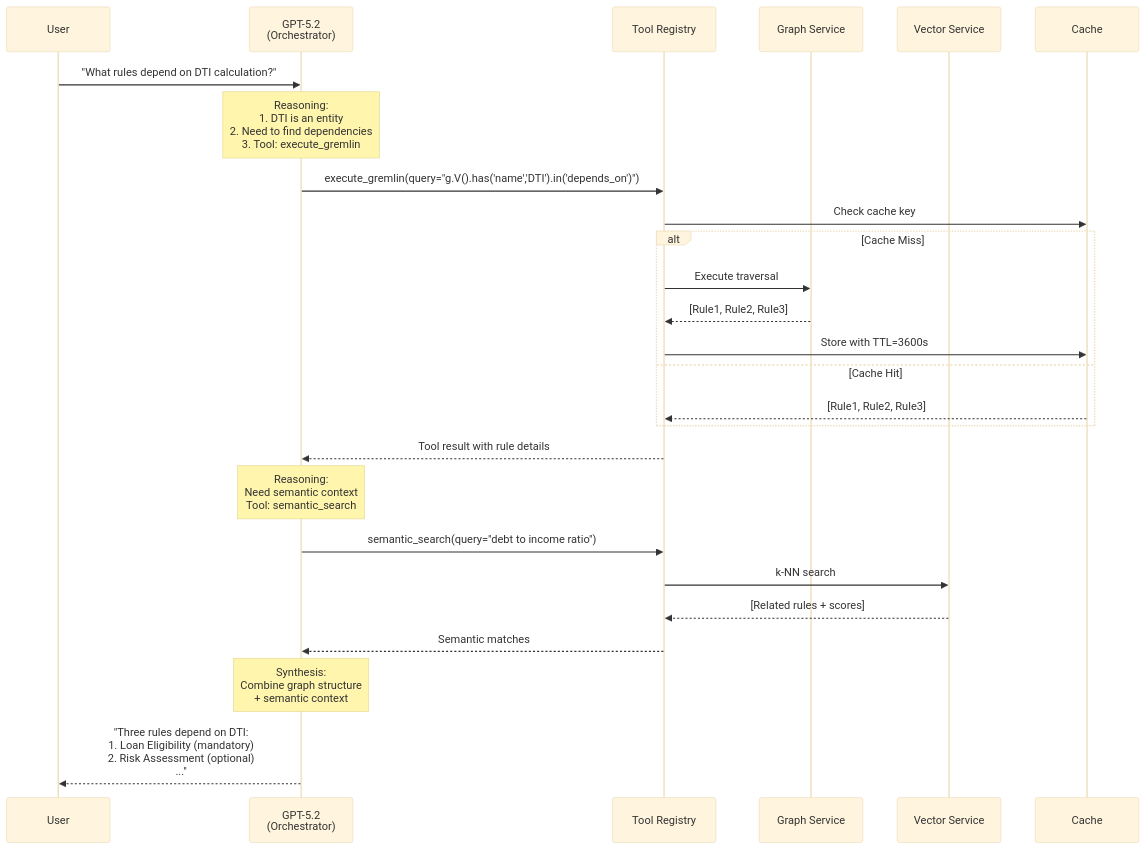
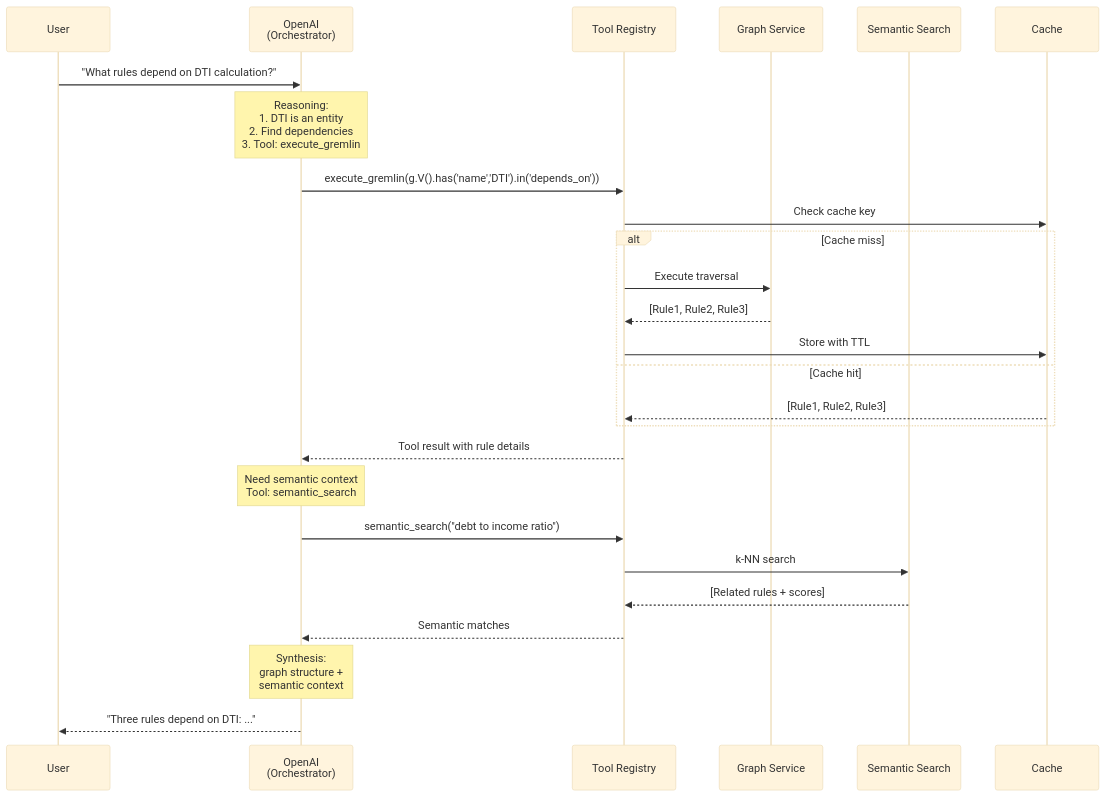
Before and after one commit to rrahimi-uci/policy-to-knowledge: the fourth of 5 diagrams in apps/explorer/docs/architecture.md, drawn with Mermaid (base theme). The commit also changed other lines of this file and 24 other files, not shown here.

````diff
--- a/apps/explorer/docs/architecture.md
+++ b/apps/explorer/docs/architecture.md
@@ -262,37 +293,37 @@
 ```mermaid
 sequenceDiagram
     participant User
-    participant LLM as GPT-5.2<br/>(Orchestrator)
+    participant LLM as OpenAI<br/>(Orchestrator)
     participant Tools as Tool Registry
     participant Graph as Graph Service
-    participant Vector as Vector Service
+    participant Vector as Semantic Search
     participant Cache
-    
+
     User->>LLM: "What rules depend on DTI calculation?"
-    
-    Note over LLM: Reasoning:<br/>1. DTI is an entity<br/>2. Need to find dependencies<br/>3. Tool: execute_gremlin
-    
-    LLM->>Tools: execute_gremlin(query="g.V().has('name','DTI').in('depends_on')")
+
+    Note over LLM: Reasoning:<br/>1. DTI is an entity<br/>2. Find dependencies<br/>3. Tool: execute_gremlin
+
+    LLM->>Tools: execute_gremlin(g.V().has('name','DTI').in('depends_on'))
     Tools->>Cache: Check cache key
-    
-    alt Cache Miss
+
+    alt Cache miss
         Tools->>Graph: Execute traversal
         Graph-->>Tools: [Rule1, Rule2, Rule3]
-        Tools->>Cache: Store with TTL=3600s
-    else Cache Hit
+        Tools->>Cache: Store with TTL
+    else Cache hit
         Cache-->>Tools: [Rule1, Rule2, Rule3]
     end
-    
+
     Tools-->>LLM: Tool result with rule details
-    
-    Note over LLM: Reasoning:<br/>Need semantic context<br/>Tool: semantic_search
-    
-    LLM->>Tools: semantic_search(query="debt to income ratio")
+
+    Note over LLM: Need semantic context<br/>Tool: semantic_search
+
+    LLM->>Tools: semantic_search("debt to income ratio")
     Tools->>Vector: k-NN search
     Vector-->>Tools: [Related rules + scores]
     Tools-->>LLM: Semantic matches
-    
-    Note over LLM: Synthesis:<br/>Combine graph structure<br/>+ semantic context
-    
-    LLM-->>User: "Three rules depend on DTI:<br/>1. Loan Eligibility (mandatory)<br/>2. Risk Assessment (optional)<br/>..."
+
+    Note over LLM: Synthesis:<br/>graph structure +<br/>semantic context
+
+    LLM-->>User: "Three rules depend on DTI: ..."
 ```
````
